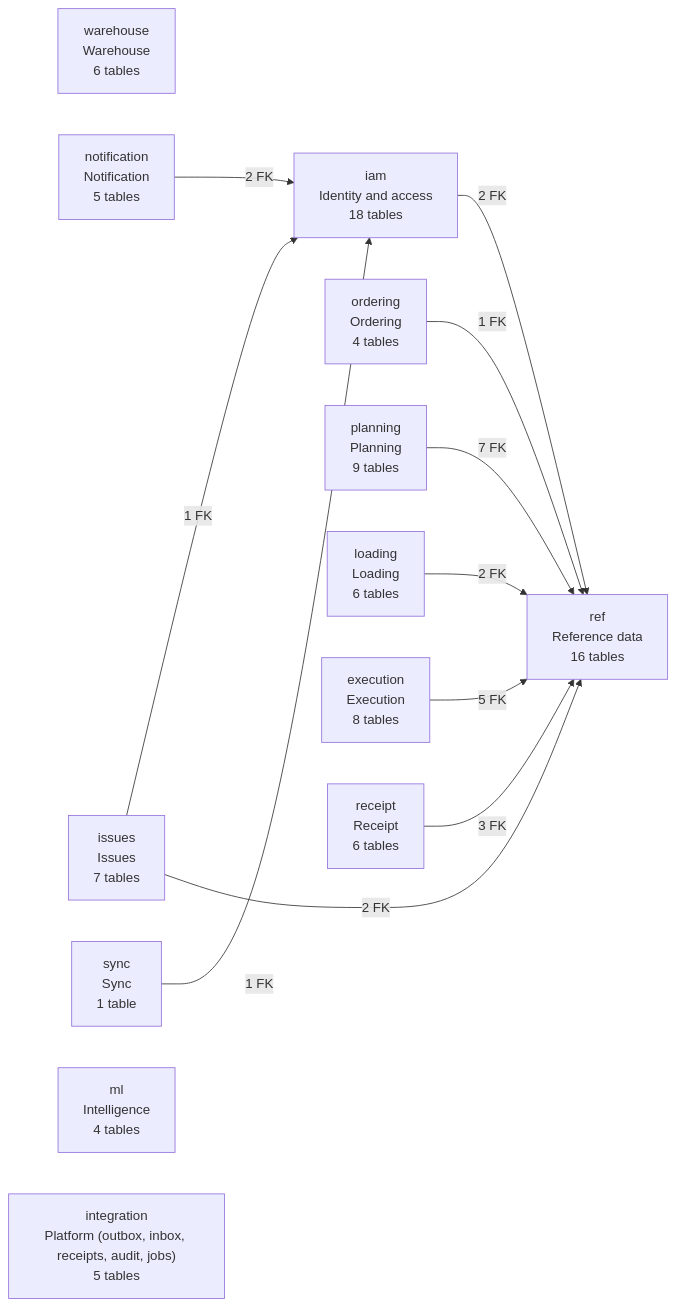
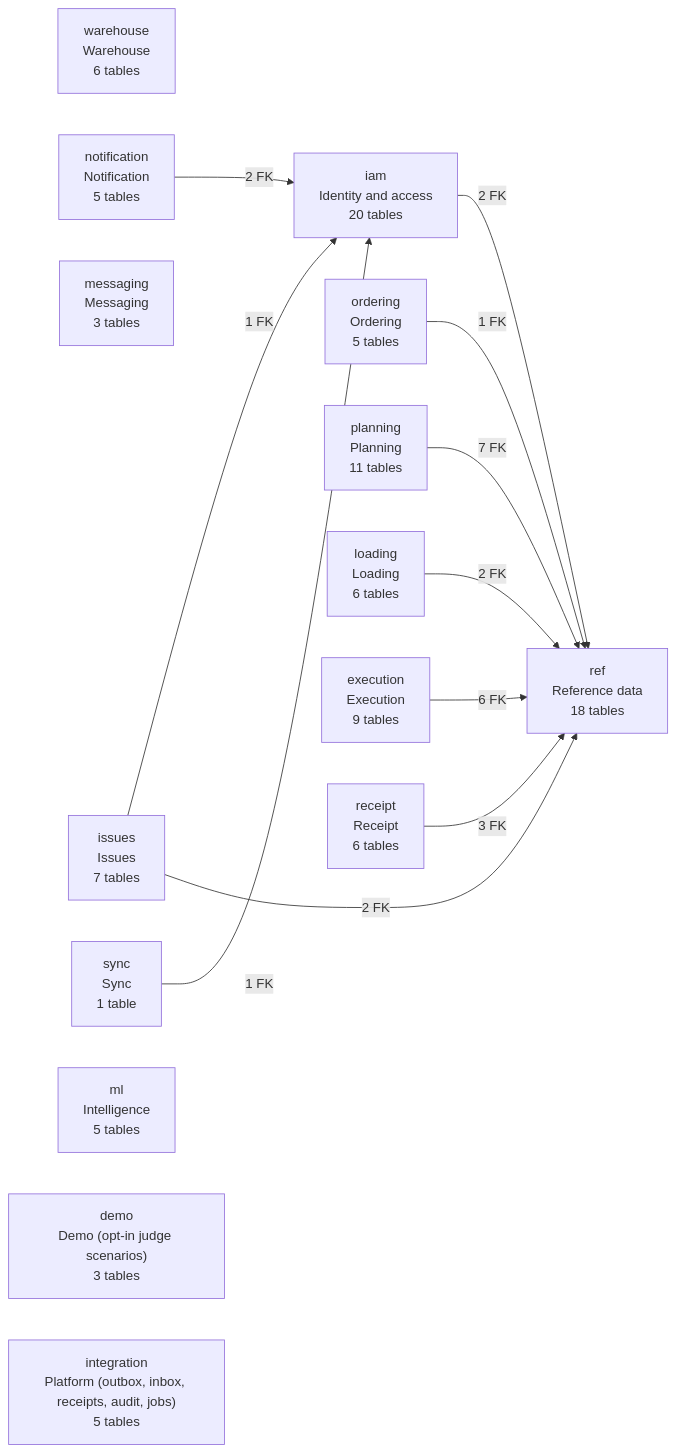
One commit to Dinusha-Ekanayake/Xception-WaypointGo changed the first of 16 diagrams in docs/data-model.md. Above: the diagram before and after it, drawn with Mermaid. The commit also changed other lines of this file and 12 other files, not shown here.

First line of the commit message:
docs: architecture diagrams and a current data model

````diff
--- a/docs/data-model.md
+++ b/docs/data-model.md
@@ -9,26 +17,28 @@
 ```mermaid
 flowchart LR
-  ref["ref<br/>Reference data<br/>16 tables"]
-  iam["iam<br/>Identity and access<br/>18 tables"]
-  ordering["ordering<br/>Ordering<br/>4 tables"]
+  ref["ref<br/>Reference data<br/>18 tables"]
+  iam["iam<br/>Identity and access<br/>20 tables"]
+  ordering["ordering<br/>Ordering<br/>5 tables"]
   warehouse["warehouse<br/>Warehouse<br/>6 tables"]
-  planning["planning<br/>Planning<br/>9 tables"]
+  planning["planning<br/>Planning<br/>11 tables"]
   loading["loading<br/>Loading<br/>6 tables"]
-  execution["execution<br/>Execution<br/>8 tables"]
+  execution["execution<br/>Execution<br/>9 tables"]
   receipt["receipt<br/>Receipt<br/>6 tables"]
   issues["issues<br/>Issues<br/>7 tables"]
+  messaging["messaging<br/>Messaging<br/>3 tables"]
   notification["notification<br/>Notification<br/>5 tables"]
   sync["sync<br/>Sync<br/>1 table"]
-  ml["ml<br/>Intelligence<br/>4 tables"]
+  ml["ml<br/>Intelligence<br/>5 tables"]
+  demo["demo<br/>Demo (opt-in judge scenarios)<br/>3 tables"]
   integration["integration<br/>Platform (outbox, inbox, receipts, audit, jobs)<br/>5 tables"]
-  execution -->|5 FK| ref
+  execution -->|6 FK| ref
   iam -->|2 FK| ref
   issues -->|1 FK| iam
   issues -->|2 FK| ref
   loading -->|2 FK| ref
   notification -->|2 FK| iam
   ordering -->|1 FK| ref
   planning -->|7 FK| ref
   receipt -->|3 FK| ref
   sync -->|1 FK| iam
 ```
````
